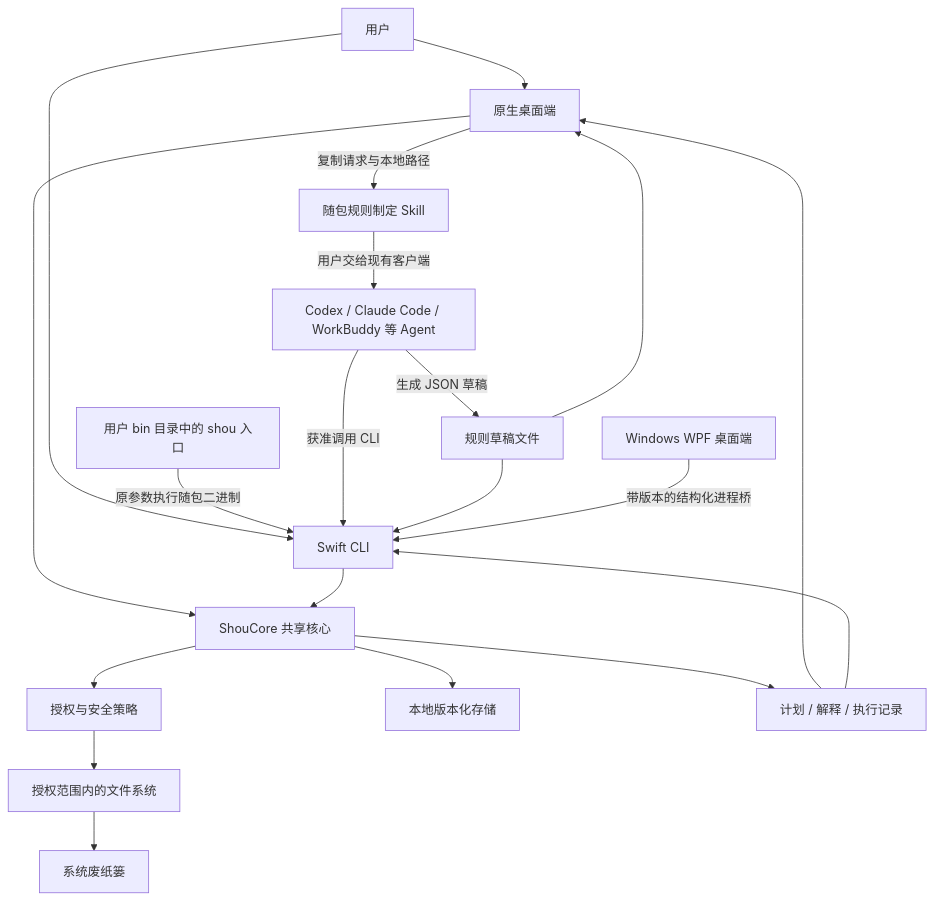
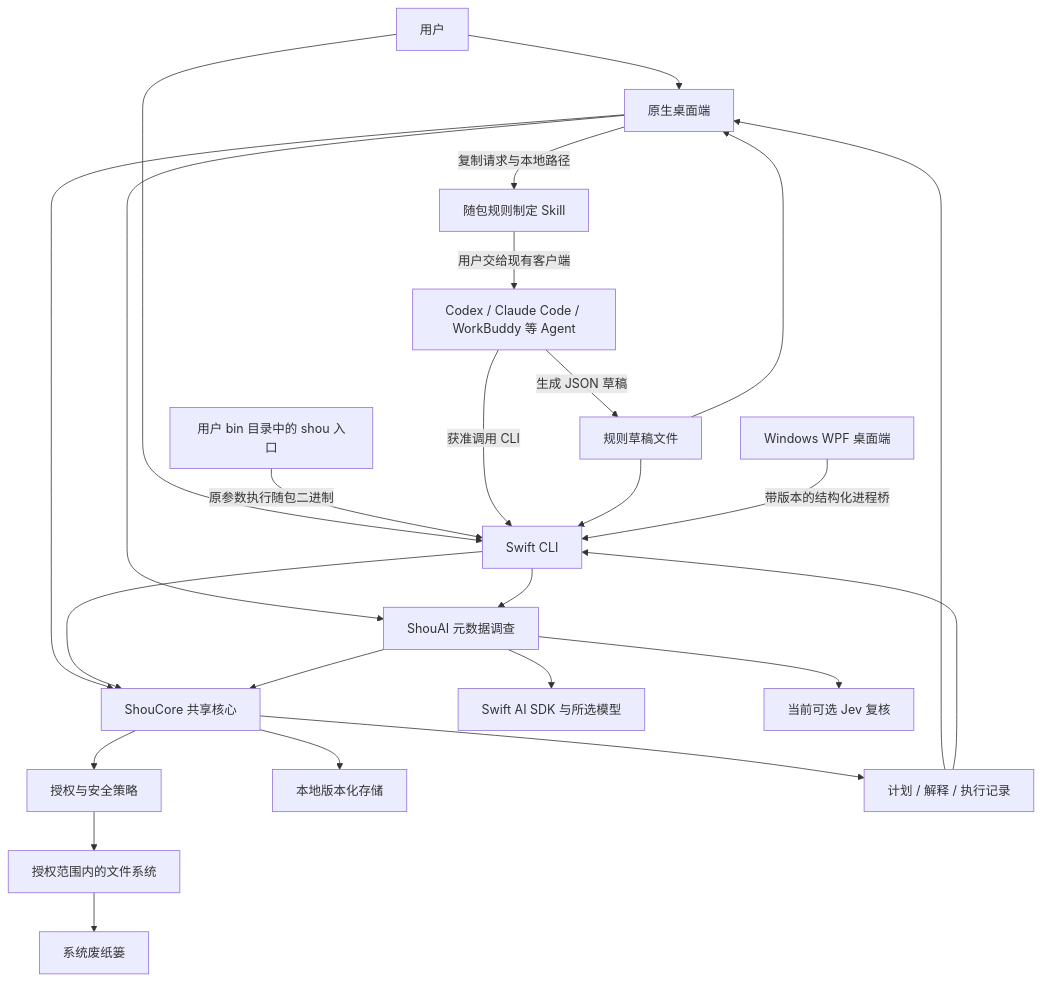
Before and after one commit to limecloud/shou: the first of 9 diagrams in docs/zh-CN/architecture/system-design.md, drawn with Mermaid. The commit also changed other lines of this file and 205 other files, not shown here.

````diff
--- a/docs/zh-CN/architecture/system-design.md
+++ b/docs/zh-CN/architecture/system-design.md
@@ -22,22 +22,27 @@
 ```mermaid
 flowchart TB
     User[用户] --> GUI[原生桌面端]
     User --> CLI[Swift CLI]
     Terminal[用户 bin 目录中的 shou 入口] -->|原参数执行随包二进制| CLI
     GUI -->|复制请求与本地路径| Skill[随包规则制定 Skill]
     Skill -->|用户交给现有客户端| Agents
     Agents[Codex / Claude Code / WorkBuddy 等 Agent] -->|获准调用 CLI| CLI
     Agents -->|生成 JSON 草稿| Drafts[规则草稿文件]
     Drafts --> GUI
     Drafts --> CLI
     GUI --> Core[ShouCore 共享核心]
     CLI --> Core
+    GUI --> AI[ShouAI 元数据调查]
+    CLI --> AI
+    AI --> Core
+    AI --> SDK[Swift AI SDK 与所选模型]
+    AI --> Jev[当前可选 Jev 复核]
     Windows[Windows WPF 桌面端] -->|带版本的结构化进程桥| CLI
     Core --> Policy[授权与安全策略]
     Core --> Store[本地版本化存储]
     Policy --> FS[授权范围内的文件系统]
     FS --> Trash[系统废纸篓]
     Core --> Results[计划 / 解释 / 执行记录]
     Results --> GUI
     Results --> CLI
 ```
````
